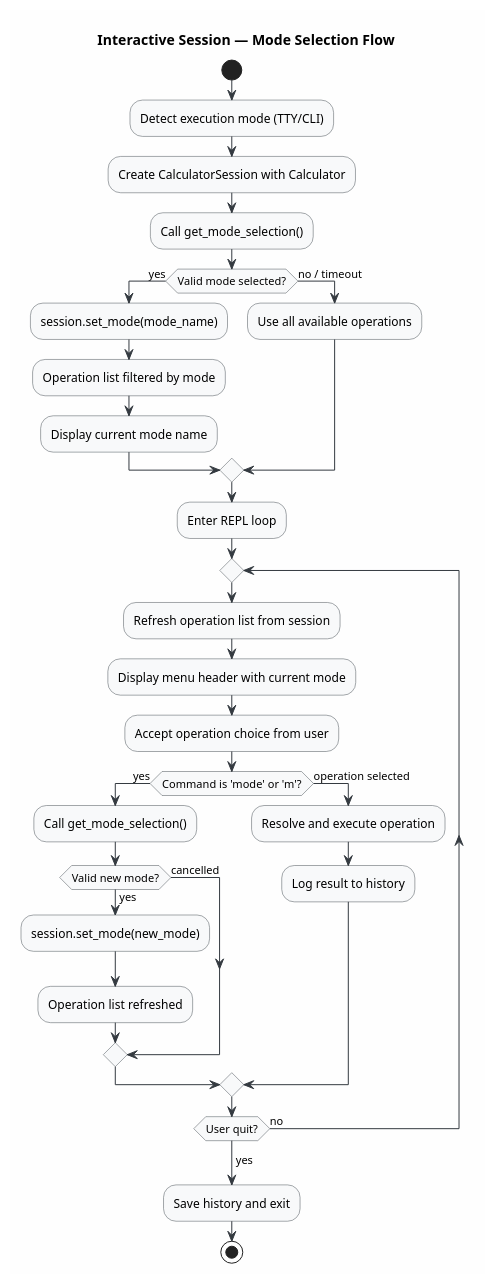
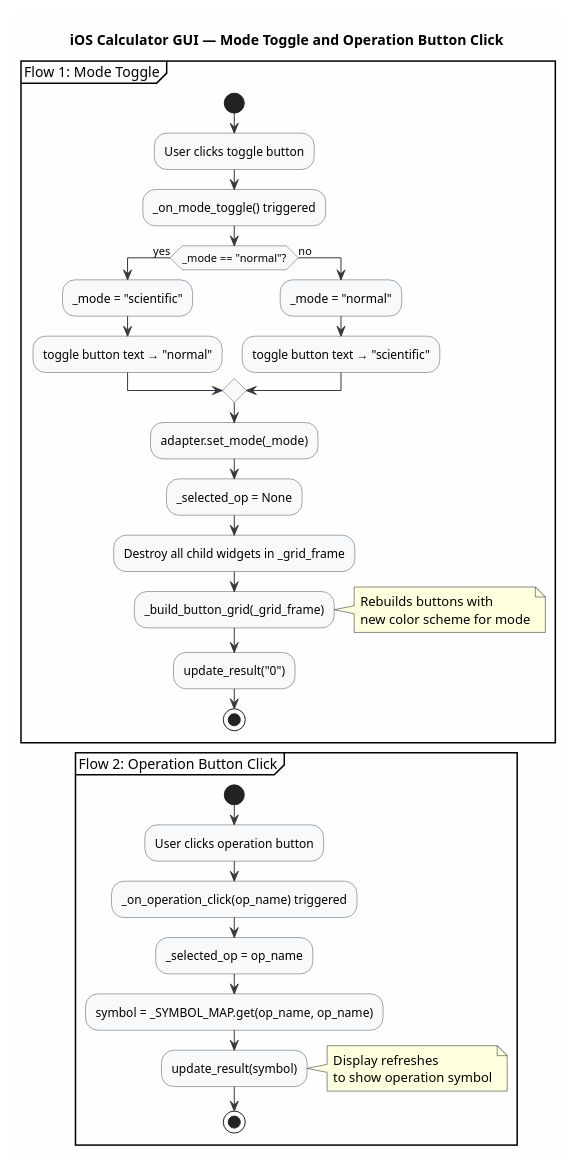
One commit to DanielRiha8906/Calculator_bachelor_autoevolution_team changed the diagram in artifacts/activity-diagram-mode-selection-flow.puml. Above: the diagram before and after it, drawn with PlantUML. The commit also changed 3 other files, not shown here.

Commit message:
docs: update GUI diagrams for iOS calculator redesign

```diff
--- a/artifacts/activity-diagram-mode-selection-flow.puml
+++ b/artifacts/activity-diagram-mode-selection-flow.puml
@@ -1,42 +1,43 @@
 @startuml activity-diagram-mode-selection-flow
+
 skinparam backgroundColor #FEFEFE
 skinparam activityBackgroundColor #F8F9FA
 skinparam activityBorderColor #495057
 skinparam arrowColor #343A40
 
-title Interactive Session — Mode Selection Flow
+title iOS Calculator GUI — Mode Toggle and Operation Button Click
 
-start
-:Detect execution mode (TTY/CLI);
-:Create CalculatorSession with Calculator;
-:Call get_mode_selection();
-if (Valid mode selected?) then (yes)
-  :session.set_mode(mode_name);
-  :Operation list filtered by mode;
-  :Display current mode name;
-else (no / timeout)
-  :Use all available operations;
-endif
+|GuiCalculator|
 
-:Enter REPL loop;
-repeat
-  :Refresh operation list from session;
-  :Display menu header with current mode;
-  :Accept operation choice from user;
-  if (Command is 'mode' or 'm'?) then (yes)
-    :Call get_mode_selection();
-    if (Valid new mode?) then (yes)
-      :session.set_mode(new_mode);
-      :Operation list refreshed;
-    else (cancelled)
+partition "Flow 1: Mode Toggle" {
+    start
+    :User clicks toggle button;
+    :_on_mode_toggle() triggered;
+    if (_mode == "normal"?) then (yes)
+        :_mode = "scientific";
+        :toggle button text → "normal";
+    else (no)
+        :_mode = "normal";
+        :toggle button text → "scientific";
     endif
-  else (operation selected)
-    :Resolve and execute operation;
-    :Log result to history;
-  endif
-repeat while (User quit?) is (no)
-->yes;
-:Save history and exit;
-stop
+    :adapter.set_mode(_mode);
+    :_selected_op = None;
+    :Destroy all child widgets in _grid_frame;
+    :_build_button_grid(_grid_frame);
+    note right: Rebuilds buttons with\nnew color scheme for mode
+    :update_result("0");
+    stop
+}
+
+partition "Flow 2: Operation Button Click" {
+    start
+    :User clicks operation button;
+    :_on_operation_click(op_name) triggered;
+    :_selected_op = op_name;
+    :symbol = _SYMBOL_MAP.get(op_name, op_name);
+    :update_result(symbol);
+    note right: Display refreshes\nto show operation symbol
+    stop
+}
 
 @enduml
```
